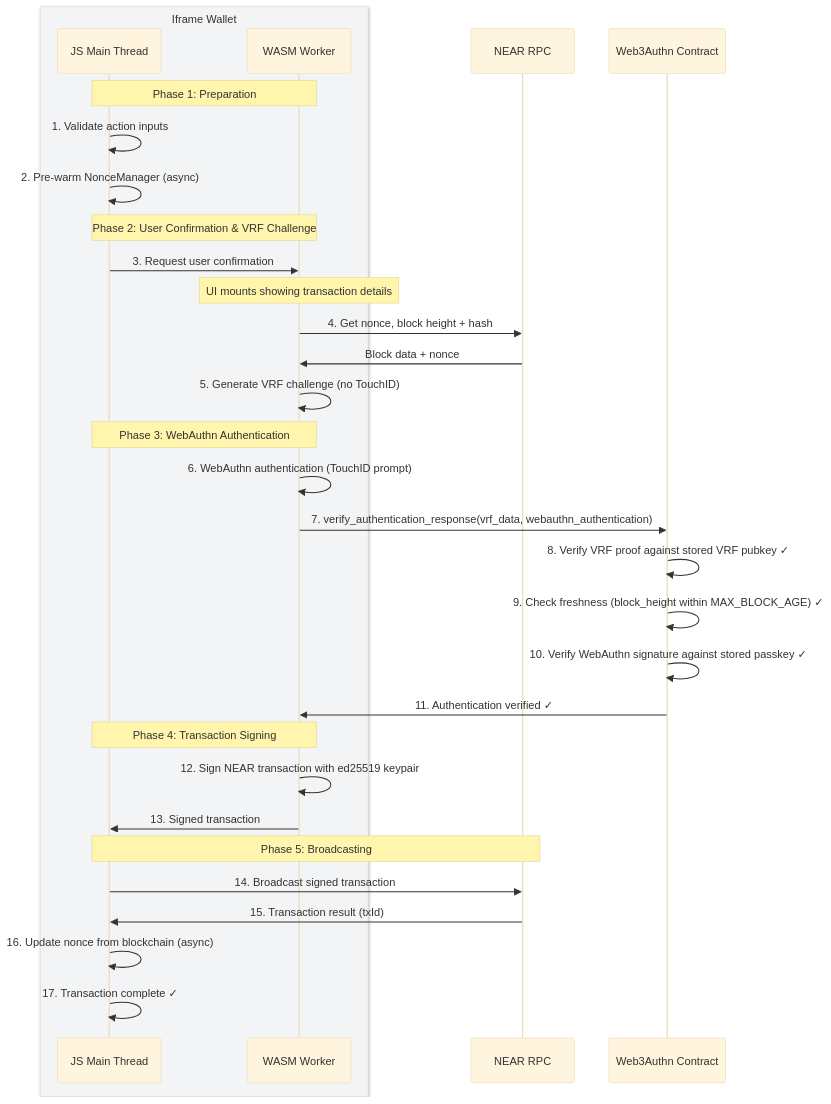
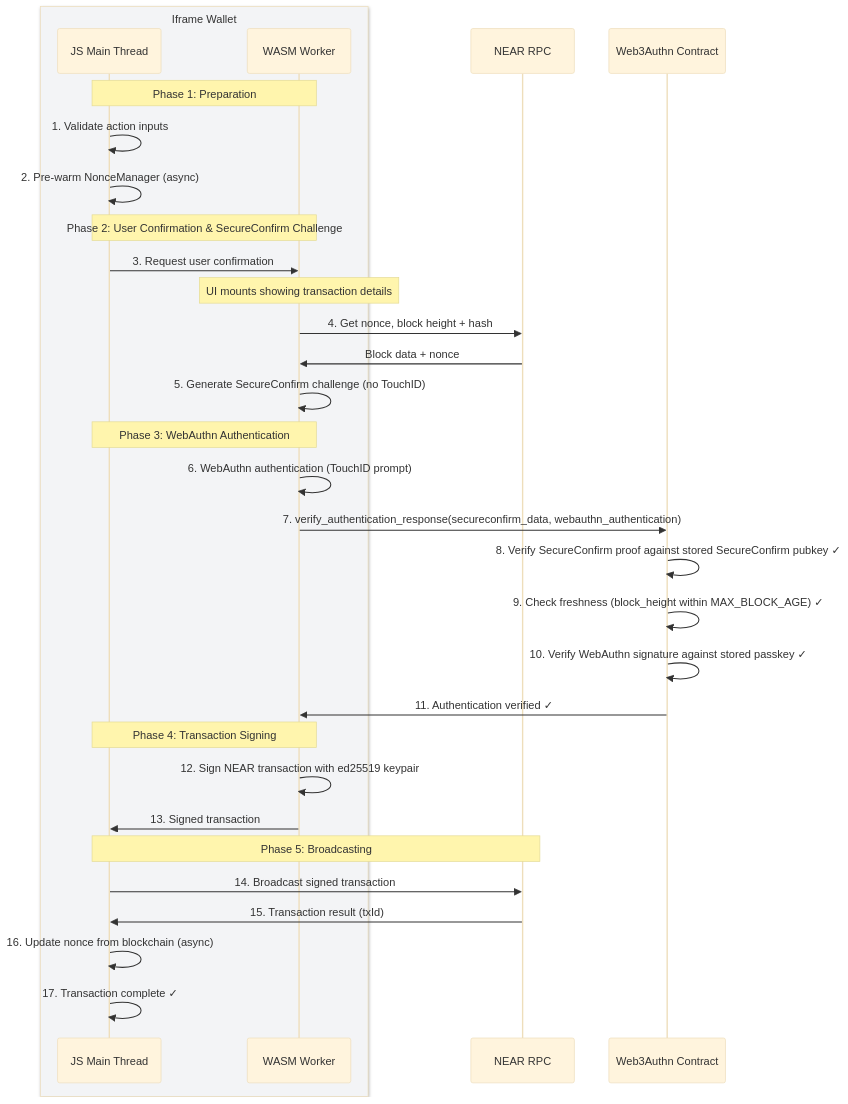
Before and after one commit to peitalin/simple-threshold-signer: the diagram in examples/tatchi-docs/src/public/diagrams/contract-transaction-flow.mmd, drawn with Mermaid (base theme). The commit also changed 242 other files, not shown here.

```diff
--- a/examples/tatchi-docs/src/public/diagrams/contract-transaction-flow.mmd
+++ b/examples/tatchi-docs/src/public/diagrams/contract-transaction-flow.mmd
@@ -1,36 +1,36 @@
 sequenceDiagram
     box rgb(243, 244, 246) Iframe Wallet
     participant JSMain as JS Main Thread
     participant Worker as WASM Worker
     end
     participant NEAR as NEAR RPC
     participant Contract as Web3Authn Contract
 
     Note over JSMain,Worker: Phase 1: Preparation
     JSMain->>JSMain: 1. Validate action inputs
     JSMain->>JSMain: 2. Pre-warm NonceManager (async)
 
-    Note over JSMain,Worker: Phase 2: User Confirmation & VRF Challenge
+    Note over JSMain,Worker: Phase 2: User Confirmation & SecureConfirm Challenge
     JSMain->>Worker: 3. Request user confirmation
     Note over Worker: UI mounts showing transaction details
     Worker->>NEAR: 4. Get nonce, block height + hash
     NEAR->>Worker: Block data + nonce
-    Worker->>Worker: 5. Generate VRF challenge (no TouchID)
+    Worker->>Worker: 5. Generate SecureConfirm challenge (no TouchID)
 
     Note over JSMain,Worker: Phase 3: WebAuthn Authentication
     Worker->>Worker: 6. WebAuthn authentication (TouchID prompt)
-    Worker->>Contract: 7. verify_authentication_response(vrf_data, webauthn_authentication)
-    Contract->>Contract: 8. Verify VRF proof against stored VRF pubkey ✓
+    Worker->>Contract: 7. verify_authentication_response(secureconfirm_data, webauthn_authentication)
+    Contract->>Contract: 8. Verify SecureConfirm proof against stored SecureConfirm pubkey ✓
     Contract->>Contract: 9. Check freshness (block_height within MAX_BLOCK_AGE) ✓
     Contract->>Contract: 10. Verify WebAuthn signature against stored passkey ✓
     Contract->>Worker: 11. Authentication verified ✓
 
     Note over JSMain,Worker: Phase 4: Transaction Signing
     Worker->>Worker: 12. Sign NEAR transaction with ed25519 keypair
     Worker->>JSMain: 13. Signed transaction
 
     Note over JSMain,NEAR: Phase 5: Broadcasting
     JSMain->>NEAR: 14. Broadcast signed transaction
     NEAR->>JSMain: 15. Transaction result (txId)
     JSMain->>JSMain: 16. Update nonce from blockchain (async)
     JSMain->>JSMain: 17. Transaction complete ✓
```
